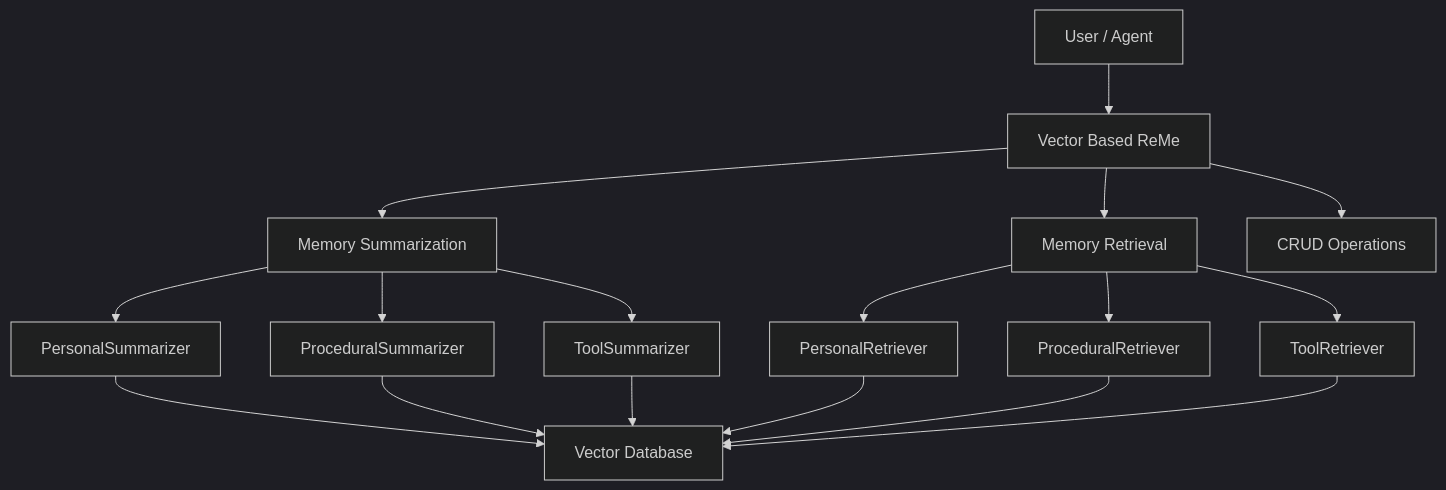
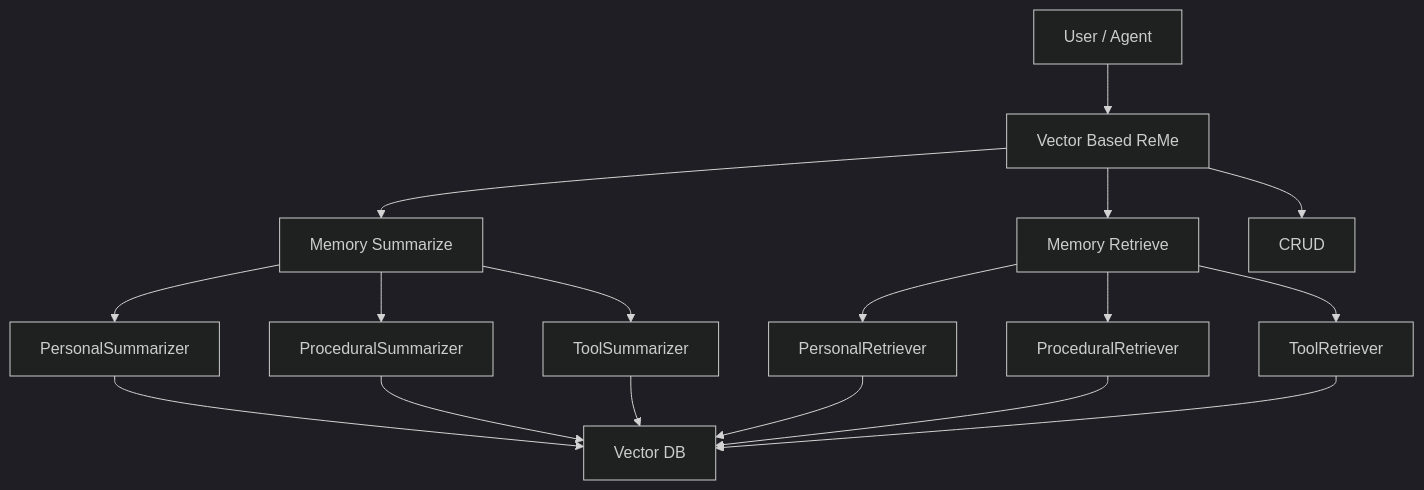
The fifth of 5 diagrams in README.md (lllyyysss77/ReMe), drawn with Mermaid (dark theme) before and after one commit. The commit also changed other lines of this file, not shown here.

````diff
--- a/README.md
+++ b/README.md
@@ -409,19 +392,19 @@
 ```mermaid
 graph TB
     User[User / Agent] --> ReMe[Vector Based ReMe]
-    ReMe --> Summarize[Memory Summarization]
-    ReMe --> Retrieve[Memory Retrieval]
-    ReMe --> CRUD[CRUD Operations]
+    ReMe --> Summarize[Memory Summarize]
+    ReMe --> Retrieve[Memory Retrieve]
+    ReMe --> CRUD[CRUD]
     Summarize --> PersonalSum[PersonalSummarizer]
     Summarize --> ProceduralSum[ProceduralSummarizer]
     Summarize --> ToolSum[ToolSummarizer]
     Retrieve --> PersonalRet[PersonalRetriever]
     Retrieve --> ProceduralRet[ProceduralRetriever]
     Retrieve --> ToolRet[ToolRetriever]
-    PersonalSum --> VectorStore[Vector Database]
+    PersonalSum --> VectorStore[Vector DB]
     ProceduralSum --> VectorStore
     ToolSum --> VectorStore
     PersonalRet --> VectorStore
     ProceduralRet --> VectorStore
     ToolRet --> VectorStore
 ```
````
